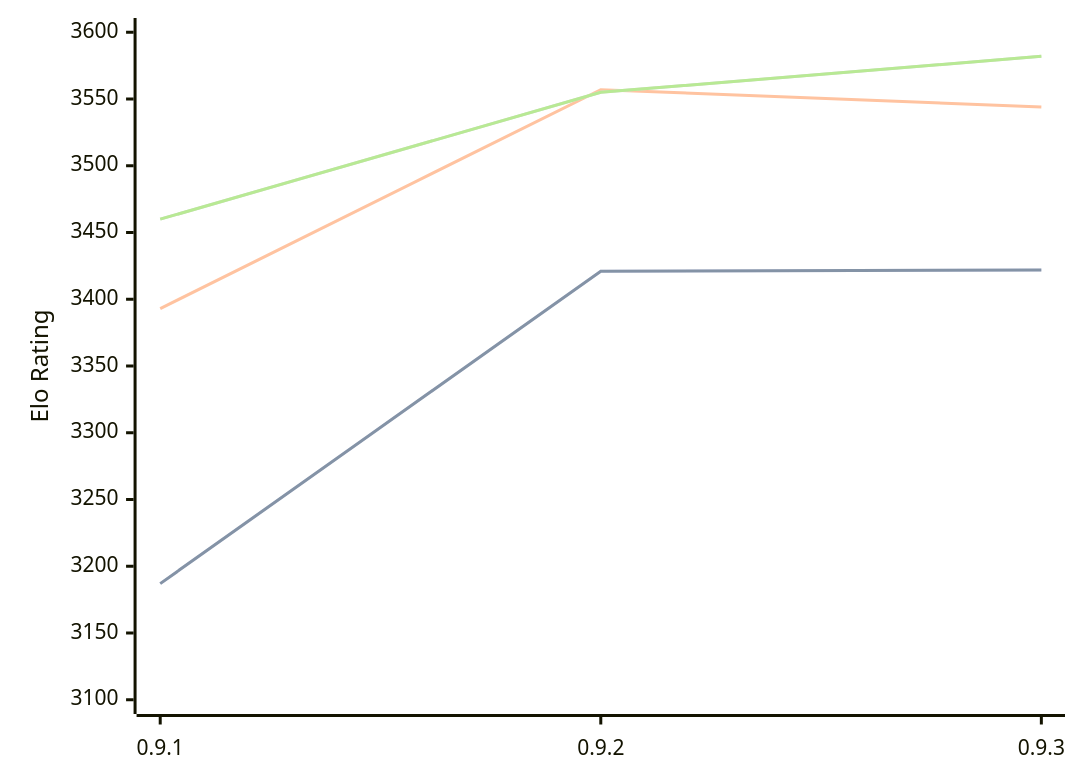
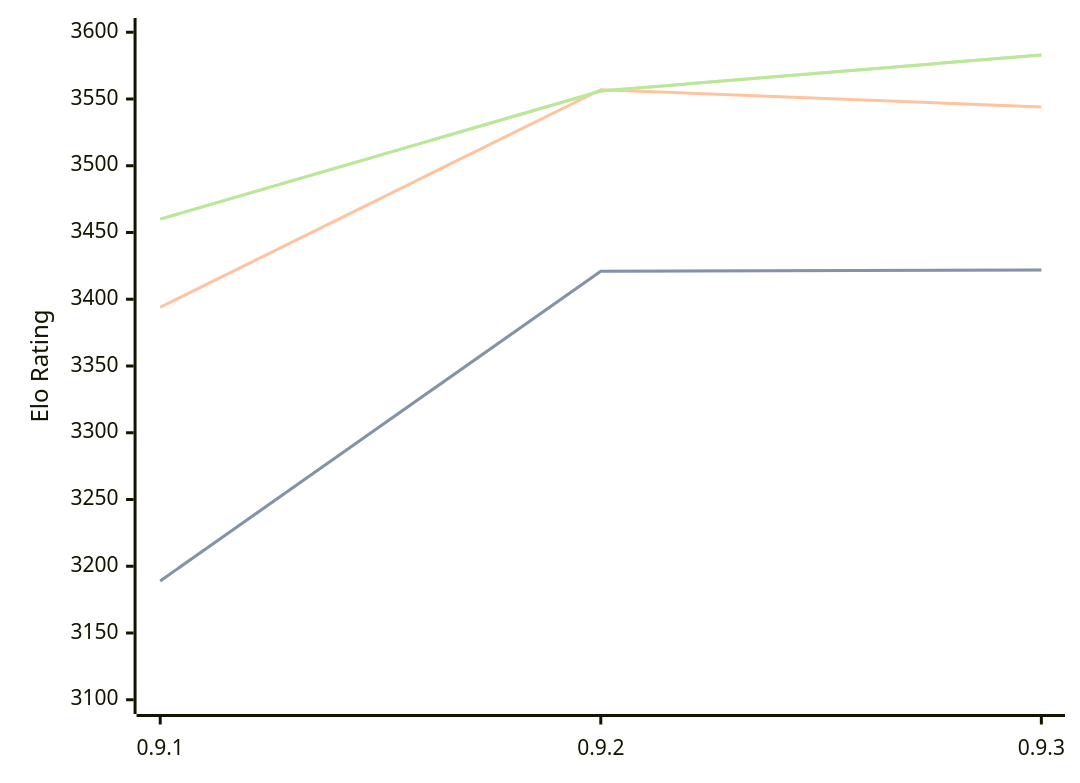
One commit to computer-chess-index/cci changed the diagram in engines/Coda.md. Above: the diagram before and after it, drawn with Mermaid. The commit also changed other lines of this file, not shown here.

Commit message:
Update CCI Ratings (ELO VLTC) - 2026-08-05

````diff
--- a/engines/Coda.md
+++ b/engines/Coda.md
@@ -33,11 +33,11 @@
 ```mermaid
 %%{init: {"theme":"base","themeVariables":{"seriesColors:['#a3a3a3','#222221','#faa371']}}}%%
 xychart-beta
   x-axis ["0.9.1", "0.9.2", "0.9.3"]
   y-axis "Elo Rating" 3100 --> 3600
-  line "STC (8.0+0.08s)" [3187, 3421, 3422]
-  line "STC (8.0+0.08s)" [3187, 3421, 3422]
-  line "LTC (60.0+0.60s)" [3393, 3557, 3544]
-  line "VLTC (2m24s+1.12s)" [3460, 3555, 3582]
-  line "VLTC (2m24s+1.12s)" [3460, 3555, 3582]
+  line "STC (8.0+0.08s)" [3189, 3421, 3422]
+  line "STC (8.0+0.08s)" [3189, 3421, 3422]
+  line "LTC (60.0+0.60s)" [3394, 3557, 3544]
+  line "VLTC (2m24s+1.12s)" [3460, 3556, 3583]
+  line "VLTC (2m24s+1.12s)" [3460, 3556, 3583]
 ```
````
